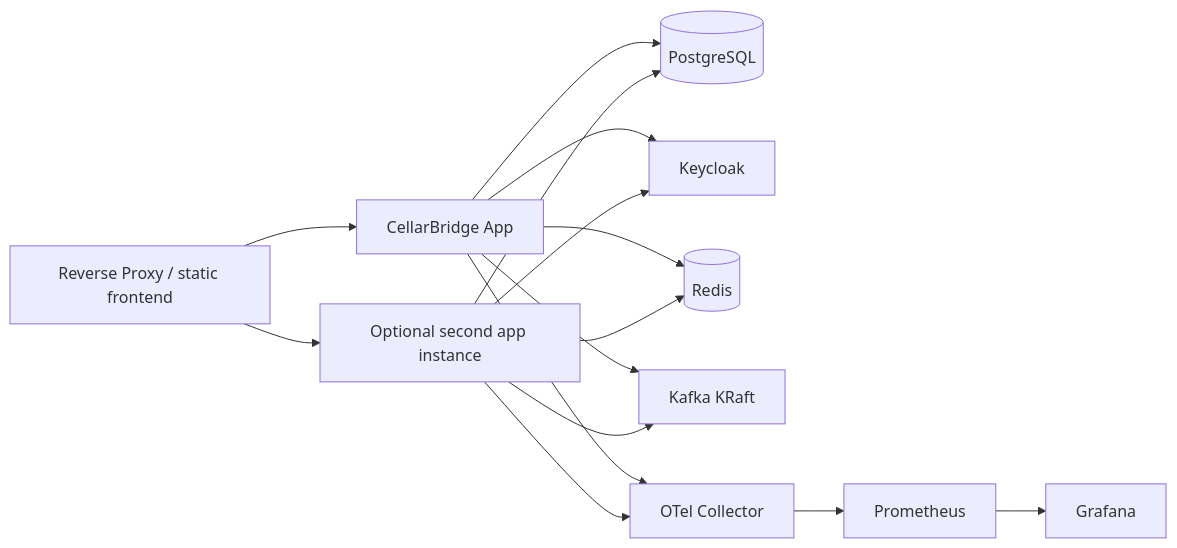
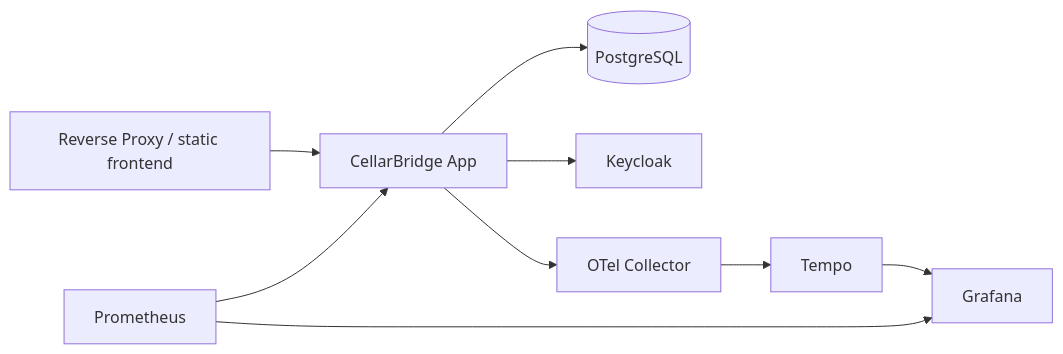
The second of 2 diagrams in docs/03-architecture/10-deployment-topology.md (RomanticHW/cellarbridge-platform), drawn with Mermaid before and after one commit. The commit also changed other lines of this file and 15 other files, not shown here.

````diff
--- a/docs/03-architecture/10-deployment-topology.md
+++ b/docs/03-architecture/10-deployment-topology.md
@@ -24,28 +24,20 @@
 ```mermaid
 flowchart LR
     Proxy[Reverse Proxy / static frontend]
     App1[CellarBridge App]
-    App2[Optional second app instance]
     PG[(PostgreSQL)]
     KC[Keycloak]
-    Redis[(Redis)]
-    Kafka[Kafka KRaft]
     OTEL[OTel Collector]
     Prom[Prometheus]
     Graf[Grafana]
+    Tempo[Tempo]
 
     Proxy --> App1
-    Proxy --> App2
     App1 --> PG
-    App2 --> PG
-    App1 --> Redis
-    App2 --> Redis
-    App1 --> Kafka
-    App2 --> Kafka
     App1 --> KC
-    App2 --> KC
     App1 --> OTEL
-    App2 --> OTEL
-    OTEL --> Prom
+    OTEL --> Tempo
+    Prom --> App1
     Prom --> Graf
+    Tempo --> Graf
 ```
````
